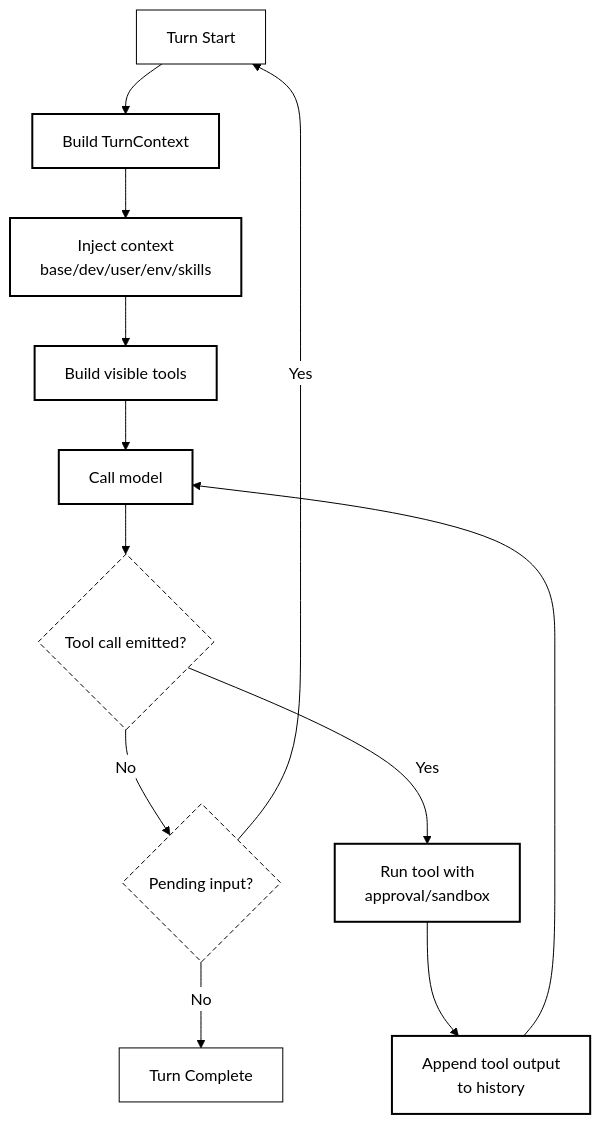
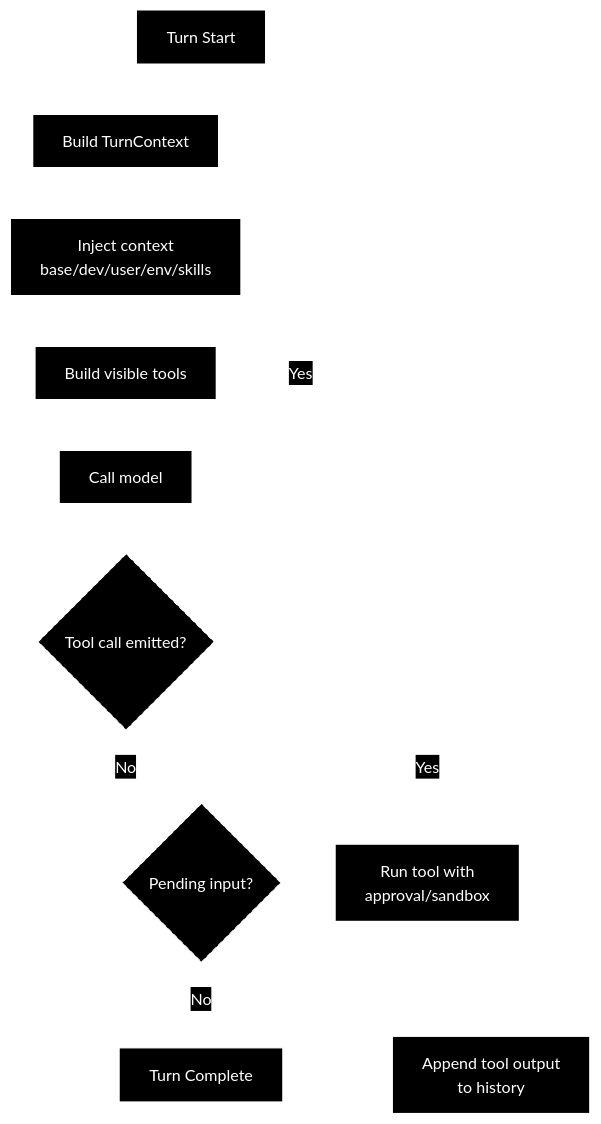
The third of 5 diagrams in agentic_workflow/codex_agentic_workflow/README.md (inputhacker/KnowledgeBase), drawn with Mermaid before and after one commit. The commit also changed other lines of this file and 1 other file, not shown here.

Commit message:
docs: use high-contrast mermaid theme for Codex workflow

````diff
--- a/agentic_workflow/codex_agentic_workflow/README.md
+++ b/agentic_workflow/codex_agentic_workflow/README.md
@@ -101,27 +101,27 @@
 ```mermaid
-%%{init: {"theme":"base","themeVariables":{"primaryColor":"#ffffff","primaryTextColor":"#000000","primaryBorderColor":"#000000","lineColor":"#000000","secondaryColor":"#ffffff","tertiaryColor":"#ffffff","clusterBkg":"#ffffff","clusterBorder":"#000000","edgeLabelBackground":"#ffffff"}}}%%
+%%{init: {"theme":"base","themeVariables":{"background":"#000000","primaryColor":"#000000","primaryTextColor":"#ffffff","primaryBorderColor":"#ffffff","lineColor":"#ffffff","secondaryColor":"#000000","secondaryTextColor":"#ffffff","secondaryBorderColor":"#ffffff","tertiaryColor":"#000000","tertiaryTextColor":"#ffffff","tertiaryBorderColor":"#ffffff","clusterBkg":"#000000","clusterBorder":"#ffffff","defaultLinkColor":"#ffffff","edgeLabelBackground":"#000000"}}}%%
 flowchart TD
     S[Turn Start]
     C1[Build TurnContext]
     C2[Inject context<br/>base/dev/user/env/skills]
     C3[Build visible tools]
     M1[Call model]
     D{Tool call emitted?}
     T1[Run tool with<br/>approval/sandbox]
     T2[Append tool output<br/>to history]
     P{Pending input?}
     E[Turn Complete]
 
     S --> C1 --> C2 --> C3 --> M1 --> D
     D -- No --> P
     D -- Yes --> T1 --> T2 --> M1
     P -- Yes --> S
     P -- No --> E
 
-    classDef plain fill:#fff,stroke:#000,color:#000,stroke-width:1px;
-    classDef focus fill:#fff,stroke:#000,color:#000,stroke-width:2px;
-    classDef dashed fill:#fff,stroke:#000,color:#000,stroke-dasharray: 5 3;
+    classDef plain fill:#000,stroke:#fff,color:#fff,stroke-width:1px;
+    classDef focus fill:#000,stroke:#fff,color:#fff,stroke-width:2px;
+    classDef dashed fill:#000,stroke:#fff,color:#fff,stroke-dasharray: 5 3;
     class S,E plain;
     class C1,C2,C3,M1,T1,T2 focus;
     class D,P dashed;
 ```
````
